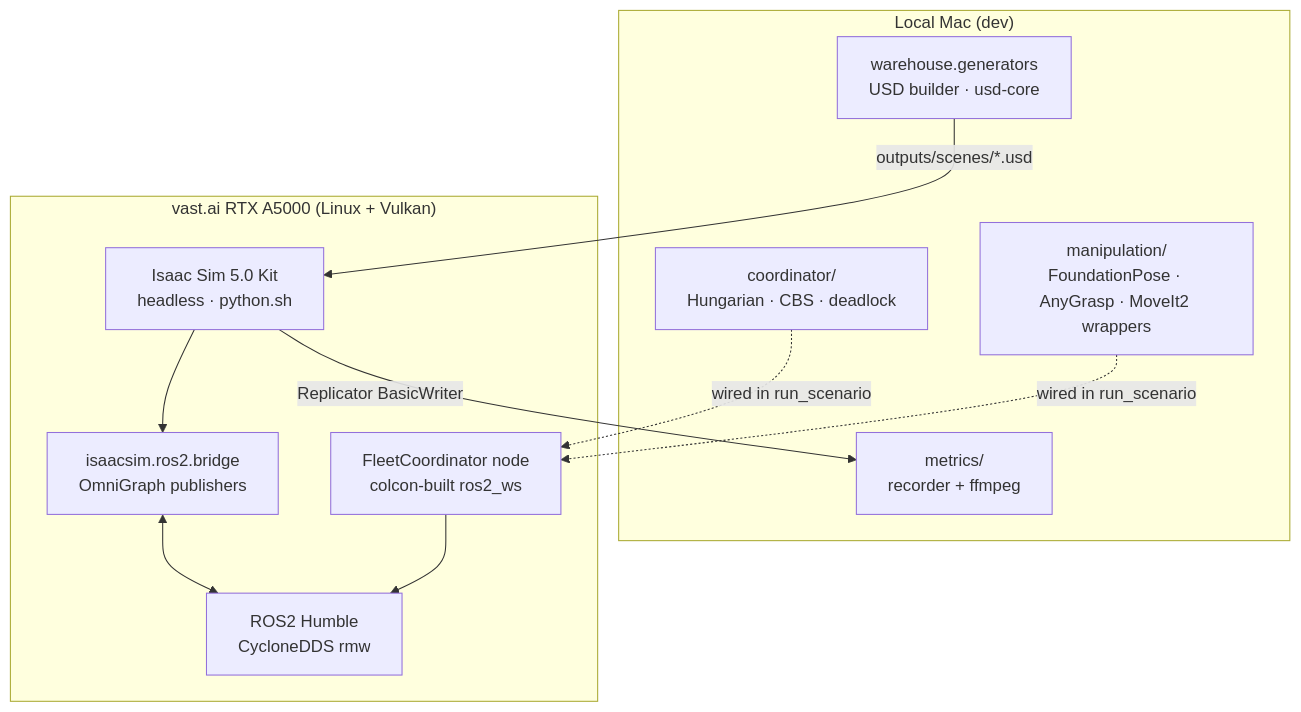
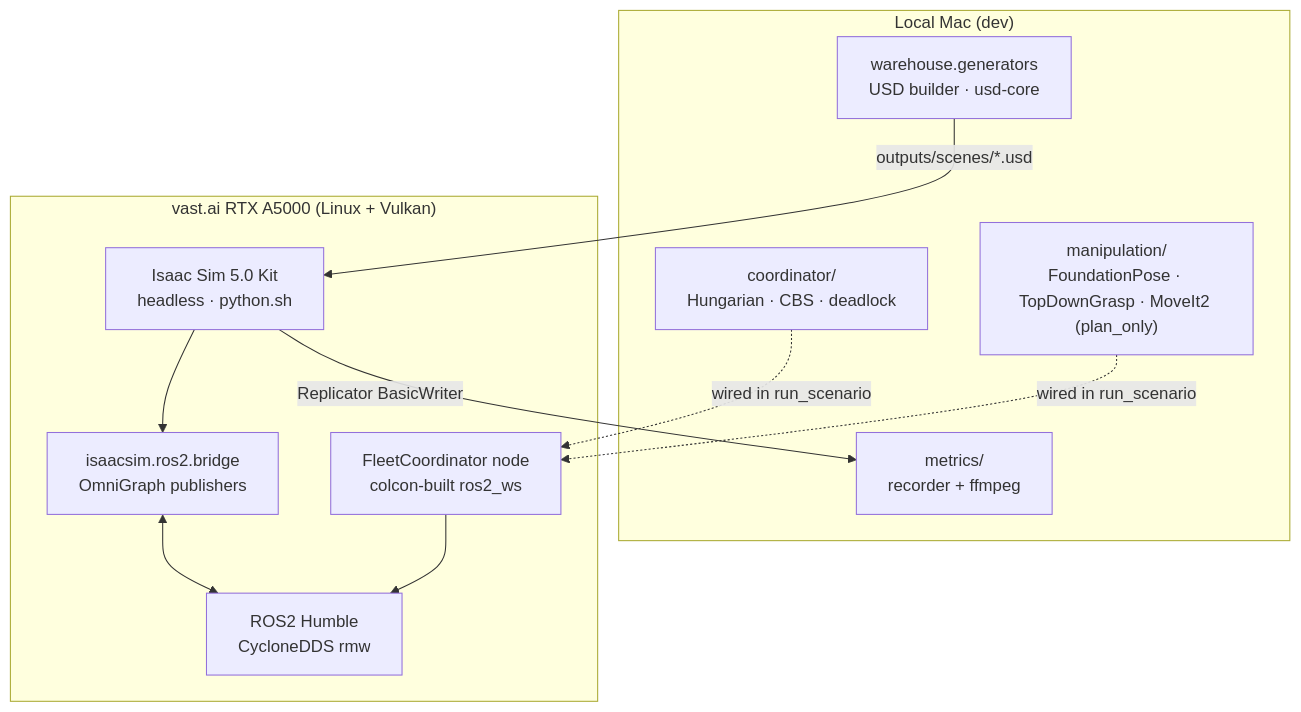
The diagram in README.md (zeon01/warehouse-digital-twin), drawn with Mermaid before and after one commit. The commit also changed other lines of this file, not shown here.

````diff
--- a/README.md
+++ b/README.md
@@ -39,24 +80,24 @@
 ```mermaid
 graph TB
     subgraph Local["Local Mac (dev)"]
         SceneGen["warehouse.generators<br/>USD builder · usd-core"]
         Coord["coordinator/<br/>Hungarian · CBS · deadlock"]
-        Manip["manipulation/<br/>FoundationPose · AnyGrasp · MoveIt2 wrappers"]
+        Manip["manipulation/<br/>FoundationPose · TopDownGrasp · MoveIt2 (plan_only)"]
         Metrics["metrics/<br/>recorder + ffmpeg"]
     end
 
     subgraph VastAI["vast.ai RTX A5000 (Linux + Vulkan)"]
         IsaacSim["Isaac Sim 5.0 Kit<br/>headless · python.sh"]
         ROS2["ROS2 Humble<br/>CycloneDDS rmw"]
         Bridge["isaacsim.ros2.bridge<br/>OmniGraph publishers"]
         Fleet["FleetCoordinator node<br/>colcon-built ros2_ws"]
     end
 
     SceneGen -->|outputs/scenes/*.usd| IsaacSim
     IsaacSim --> Bridge
     Bridge <--> ROS2
     Fleet --> ROS2
     Coord -.->|wired in run_scenario| Fleet
     Manip -.->|wired in run_scenario| Fleet
     IsaacSim -->|Replicator BasicWriter| Metrics
 ```
````
